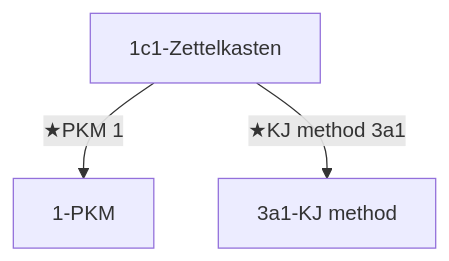
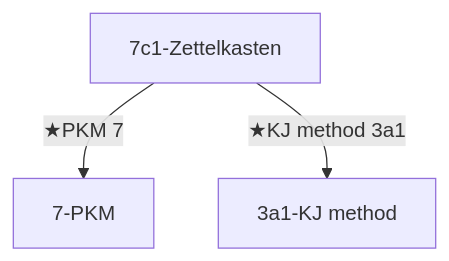
One commit to Yurii7812/homepage changed the third of 4 diagrams in en/paper-pkm/guide.md. Above: the diagram before and after it, drawn with Mermaid. The commit also changed other lines of this file and 6 other files, not shown here.

````diff
--- a/en/paper-pkm/guide.md
+++ b/en/paper-pkm/guide.md
@@ -217,5 +206,5 @@
 ```mermaid
 flowchart TD
-A["1c1-Zettelkasten"] -->|"★PKM 1"| B["1-PKM"]
+A["7c1-Zettelkasten"] -->|"★PKM 7"| B["7-PKM"]
   A -->|"★KJ method 3a1"| C["3a1-KJ method"]
 ```
````
